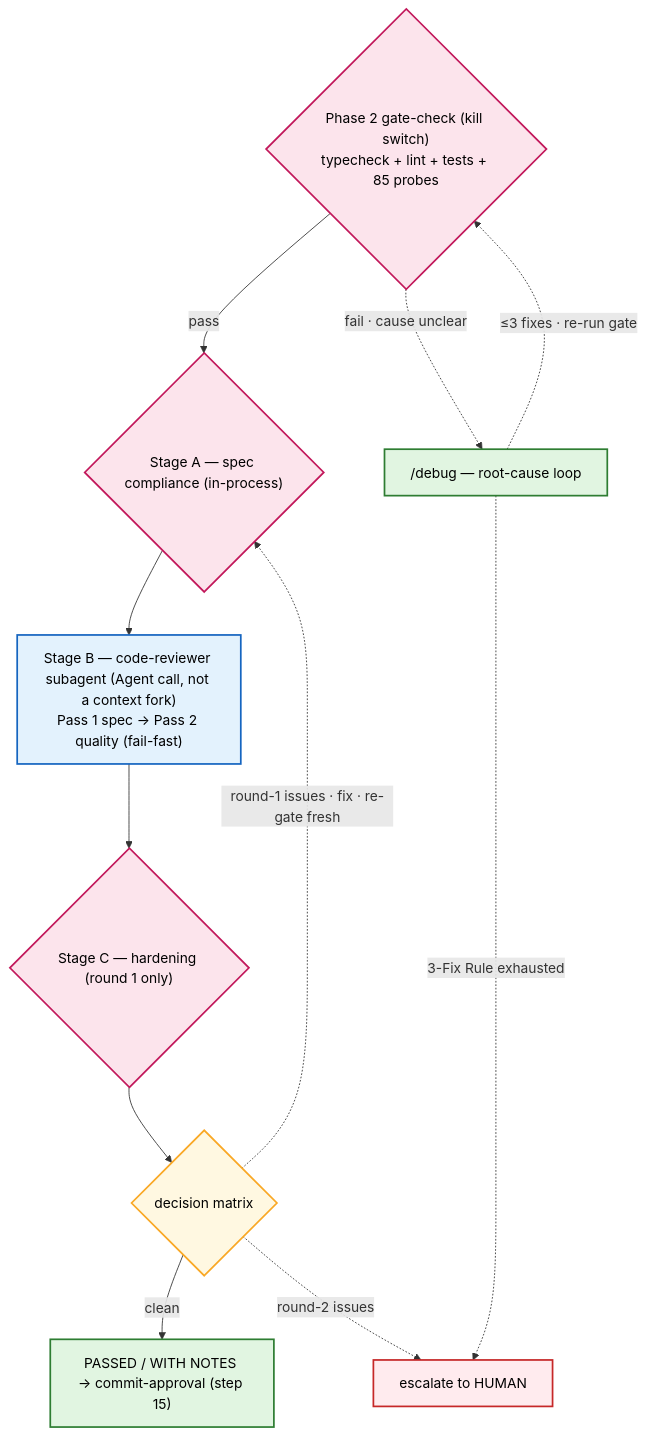
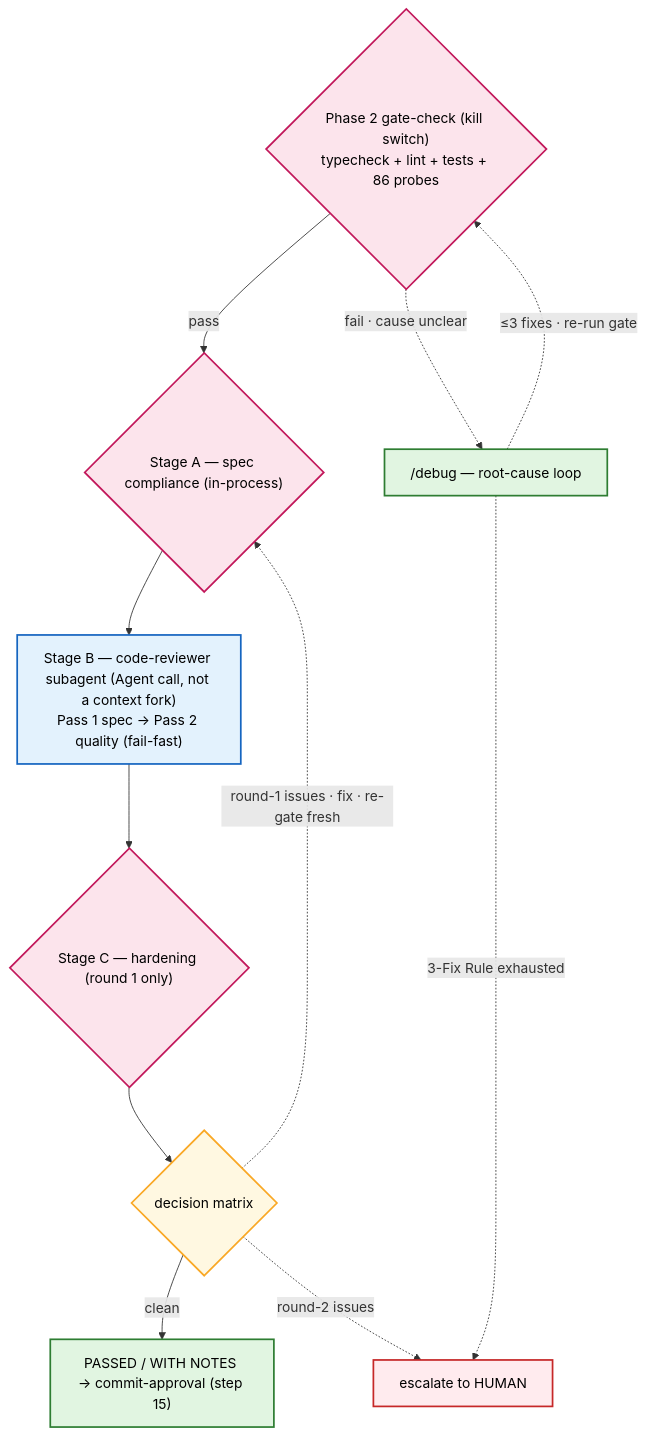
The fourth of 6 diagrams in plugins/dev-process-toolkit/docs/workflow-overview.md (nesquikm/dev-process-toolkit), drawn with Mermaid before and after one commit. The commit also changed other lines of this file and 32 other files, not shown here.

First line of the commit message:
feat(skills/gate-check): probe #86 keeps the name question dead

````diff
--- a/plugins/dev-process-toolkit/docs/workflow-overview.md
+++ b/plugins/dev-process-toolkit/docs/workflow-overview.md
@@ -124,25 +124,25 @@
 ```mermaid
 flowchart TD
     classDef eval fill:#fce4ec,stroke:#c2185b,stroke-width:2px,color:#000
     classDef fork fill:#e3f2fd,stroke:#1565c0,stroke-width:2px,color:#000
     classDef gate fill:#fff8e1,stroke:#f9a825,stroke-width:2px,color:#000
     classDef skill fill:#e1f5e1,stroke:#2e7d32,stroke-width:2px,color:#000
     classDef esc fill:#ffebee,stroke:#c62828,stroke-width:2px,color:#000
 
-    gate{"Phase 2 gate-check (kill switch)<br/>typecheck + lint + tests + 85 probes"}:::eval
+    gate{"Phase 2 gate-check (kill switch)<br/>typecheck + lint + tests + 86 probes"}:::eval
     debug["/debug — root-cause loop"]:::skill
     stageA{"Stage A — spec compliance (in-process)"}:::eval
     stageB["Stage B — code-reviewer subagent (Agent call, not a context fork)<br/>Pass 1 spec → Pass 2 quality (fail-fast)"]:::fork
     stageC{"Stage C — hardening (round 1 only)"}:::eval
     decide{"decision matrix"}:::gate
     pass["PASSED / WITH NOTES → commit-approval (step 15)"]:::skill
     esc["escalate to HUMAN"]:::esc
 
     gate -->|"pass"| stageA --> stageB --> stageC --> decide
     gate -.->|"fail · cause unclear"| debug
     debug -.->|"≤3 fixes · re-run gate"| gate
     debug -.->|"3-Fix Rule exhausted"| esc
     decide -->|"clean"| pass
     decide -.->|"round-1 issues · fix · re-gate fresh"| stageA
     decide -.->|"round-2 issues"| esc
 ```
````
